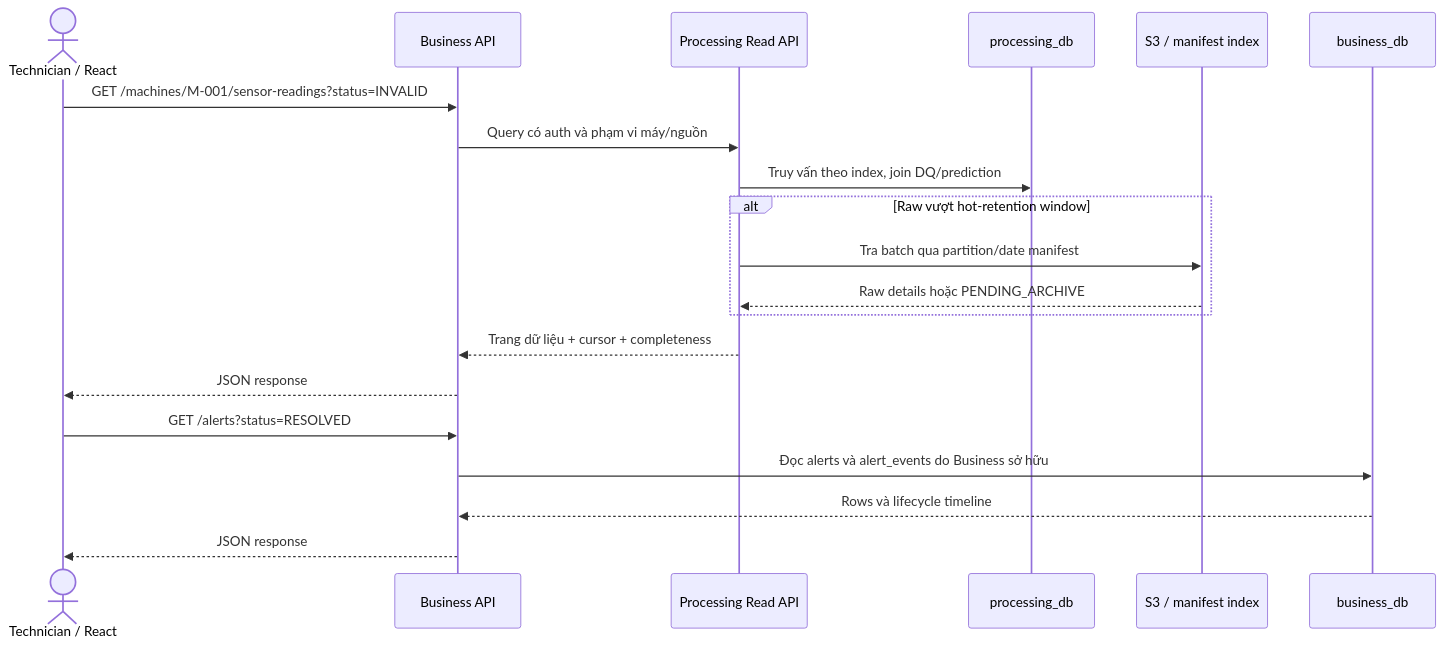
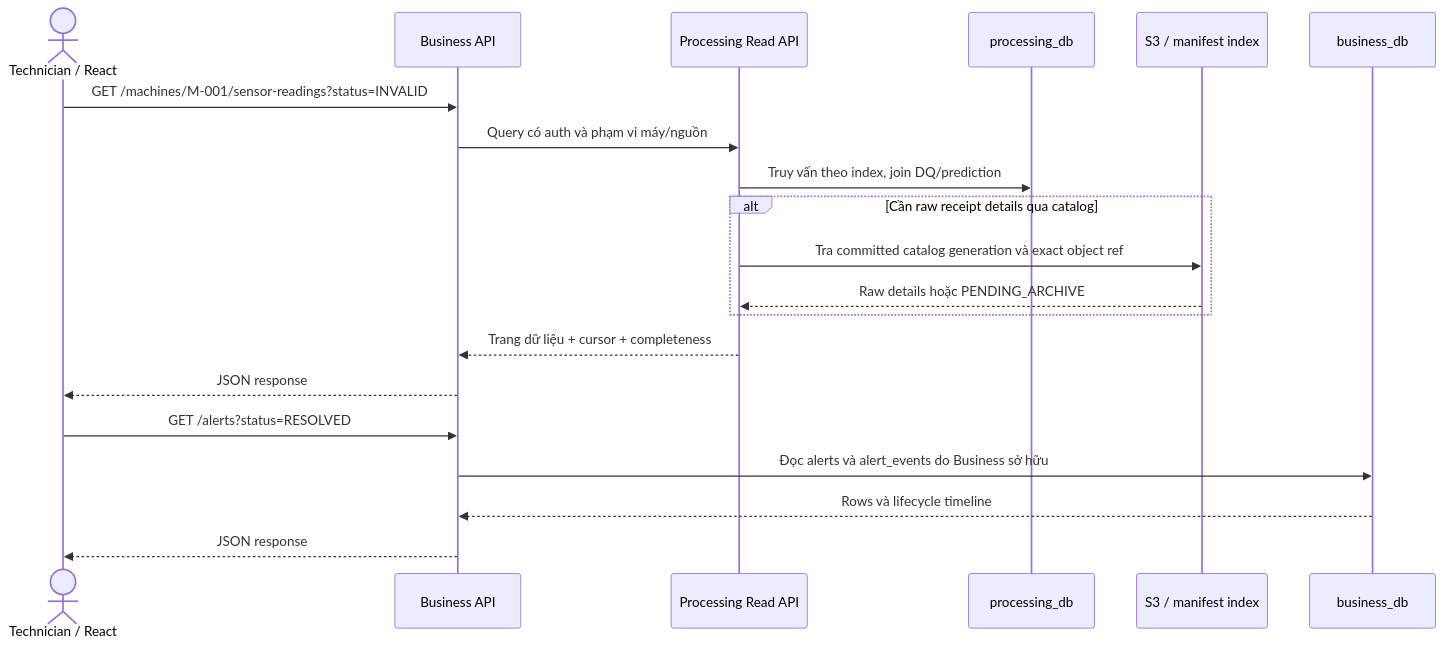
One commit to chiendz11/MaintAI changed the third of 3 diagrams in docs/RUNTIME_DATAFLOW.md. Above: the diagram before and after it, drawn with Mermaid. The commit also changed other lines of this file and 68 other files, not shown here.

````diff
--- a/docs/RUNTIME_DATAFLOW.md
+++ b/docs/RUNTIME_DATAFLOW.md
@@ -121,22 +127,22 @@
 ```mermaid
 sequenceDiagram
   actor U as Technician / React
   participant B as Business API
   participant H as Processing Read API
   participant P as processing_db
   participant S as S3 / manifest index
   participant A as business_db
   U->>B: GET /machines/M-001/sensor-readings?status=INVALID
   B->>H: Query có auth và phạm vi máy/nguồn
   H->>P: Truy vấn theo index, join DQ/prediction
-  alt Raw vượt hot-retention window
-    H->>S: Tra batch qua partition/date manifest
+  alt Cần raw receipt details qua catalog
+    H->>S: Tra committed catalog generation và exact object ref
     S-->>H: Raw details hoặc PENDING_ARCHIVE
   end
   H-->>B: Trang dữ liệu + cursor + completeness
   B-->>U: JSON response
   U->>B: GET /alerts?status=RESOLVED
   B->>A: Đọc alerts và alert_events do Business sở hữu
   A-->>B: Rows và lifecycle timeline
   B-->>U: JSON response
 ```
````
